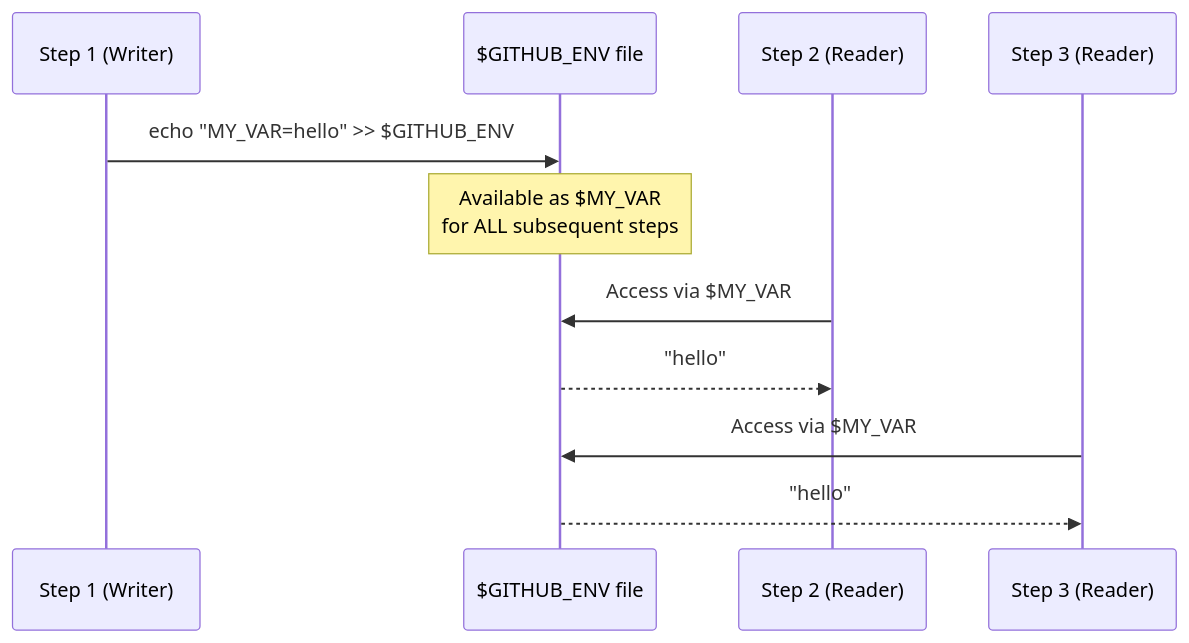
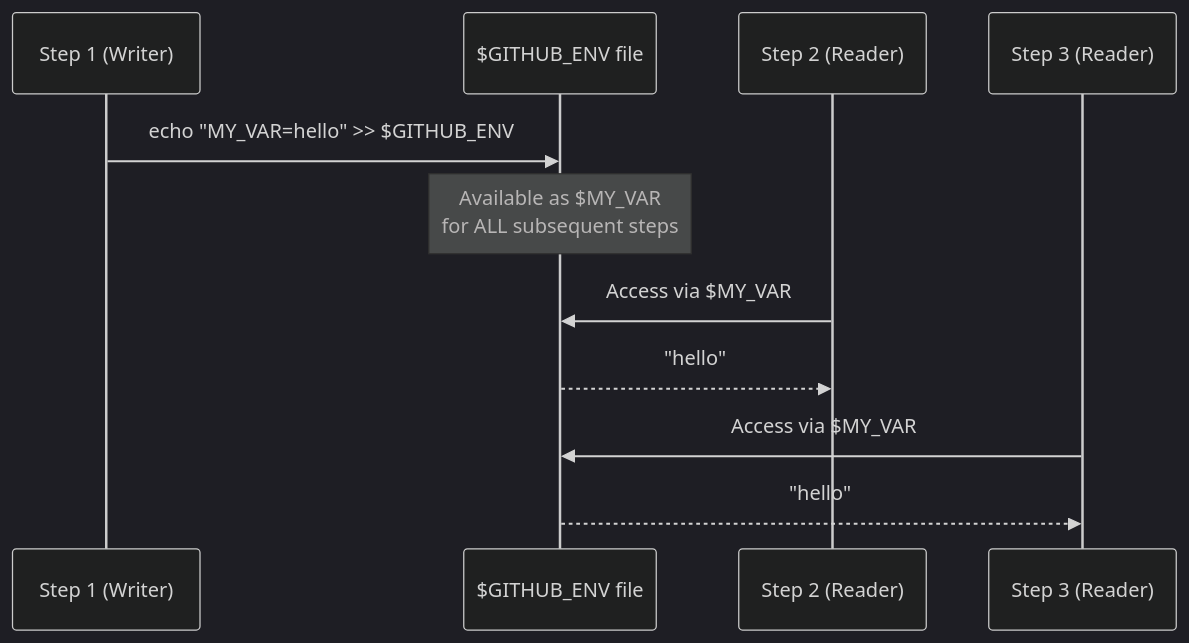
Before and after one commit to vishutyagi0210/github-ci-cd-with-labs: the third of 4 diagrams in 06-passing-variables/README.md, drawn with Mermaid. The commit also changed other lines of this file and 13 other files, not shown here.

Commit message:
fix: switch all mermaid diagrams to dark theme for better readability

````diff
--- a/06-passing-variables/README.md
+++ b/06-passing-variables/README.md
@@ -63,14 +63,15 @@
 ```mermaid
+%%{init: {"theme": "dark"}}%%
 sequenceDiagram
     participant S1 as Step 1 (Writer)
     participant ENV as $GITHUB_ENV file
     participant S2 as Step 2 (Reader)
     participant S3 as Step 3 (Reader)
 
     S1->>ENV: echo "MY_VAR=hello" >> $GITHUB_ENV
     Note over ENV: Available as $MY_VAR<br/>for ALL subsequent steps
     S2->>ENV: Access via $MY_VAR
     ENV-->>S2: "hello"
     S3->>ENV: Access via $MY_VAR
     ENV-->>S3: "hello"
 ```
````
